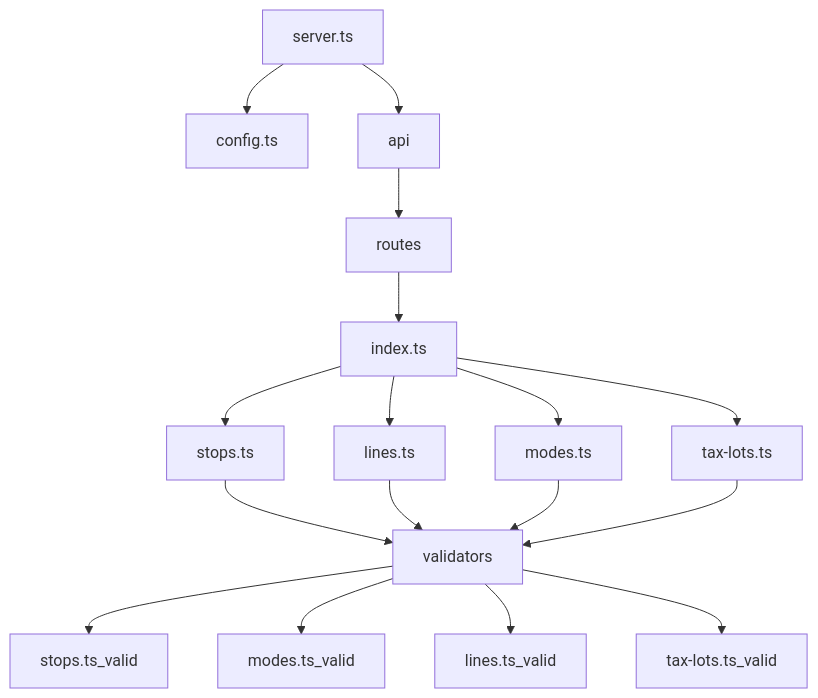
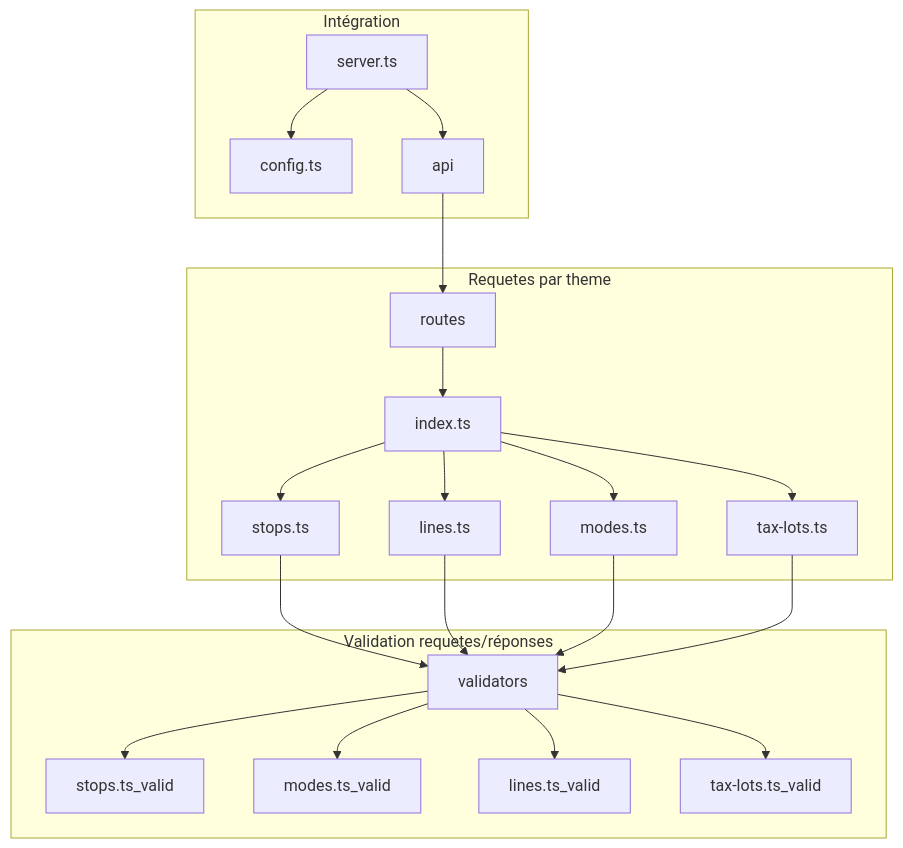
The diagram in docs/api/API implementation.md (EPMPaulPoly/CIV6707-Cout-Lignes), drawn with Mermaid before and after one commit. The commit also changed other lines of this file, not shown here.

Commit message:
API Implementation changed graph orientation

````diff
--- a/docs/api/API implementation.md
+++ b/docs/api/API implementation.md
@@ -14,19 +15,25 @@
 ```mermaid
 graph TD;
+    subgraph entree["Intégration"]
     server.ts-->config.ts;
     server.ts-->api;
+    end;
     api-->routes;
+    subgraph routessub["Requetes par theme"]
     routes-->index.ts;
     index.ts-->stops.ts;
     index.ts-->lines.ts;
     index.ts-->modes.ts;
     index.ts-->tax-lots.ts;
+    end;
     stops.ts-->validators;
     lines.ts-->validators;
     modes.ts-->validators;
     tax-lots.ts-->validators;
+    subgraph validation["Validation requetes/réponses"]
     validators-->stops.ts_valid;
     validators-->modes.ts_valid;
     validators-->lines.ts_valid;
     validators-->tax-lots.ts_valid;
+    end;
 ```
````
